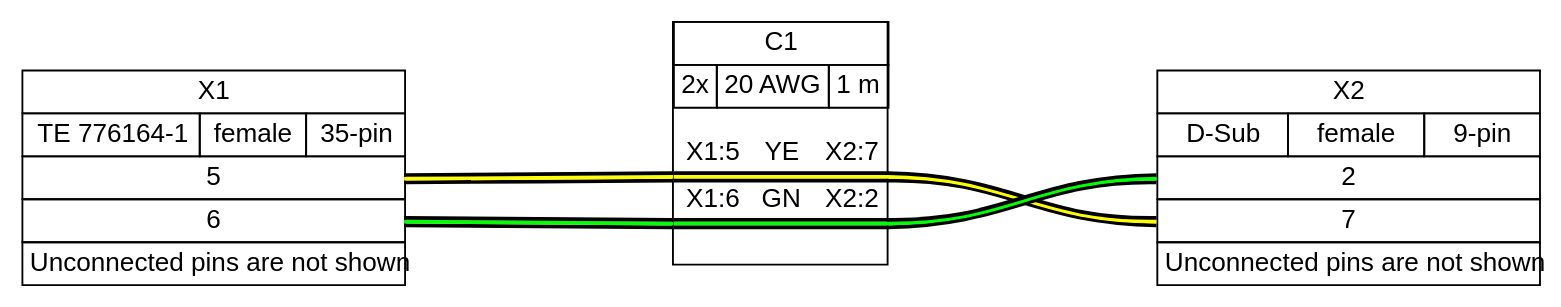
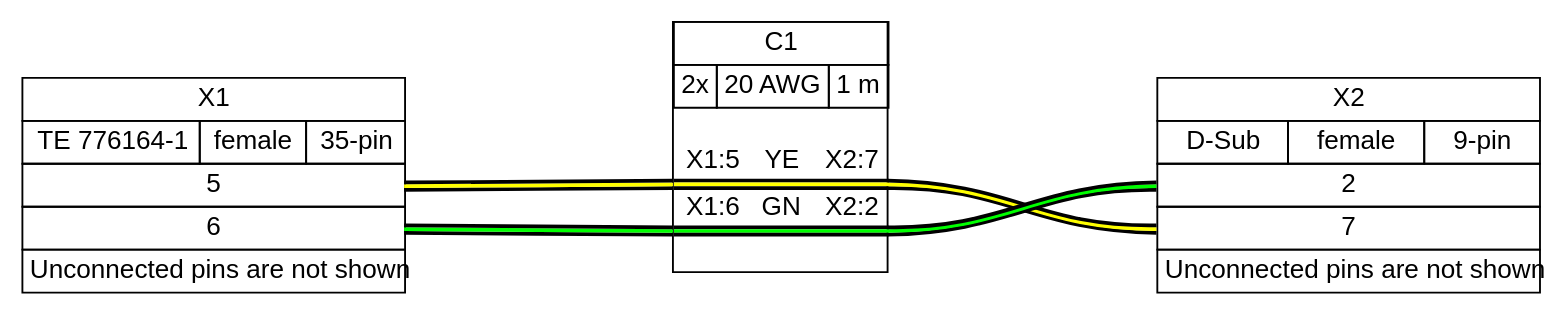
One commit to wireviz/WireViz changed the diagram in examples/ex07.gv. Above: the diagram before and after it, drawn with Graphviz. The commit also changed 81 other files, not shown here.

```diff
--- a/examples/ex07.gv
+++ b/examples/ex07.gv
@@ -1,16 +1,125 @@
 graph {
-// Graph generated by WireViz
+// Graph generated by WireViz 0.2
 // https://github.com/formatc1702/WireViz
 	graph [bgcolor=white fontname=arial nodesep=0.33 rankdir=LR ranksep=2]
 	node [fillcolor=white fontname=arial shape=record style=filled]
 	edge [fontname=arial style=bold]
-	X1 [label=<<table border="0" cellspacing="0" cellpadding="0"><tr><td><table border="0" cellspacing="0" cellpadding="3" cellborder="1"><tr><td balign="left">X1</td></tr></table></td></tr><tr><td><table border="0" cellspacing="0" cellpadding="3" cellborder="1"><tr><td balign="left">TE 776164-1</td><td balign="left">female</td><td balign="left">35-pin</td></tr></table></td></tr><tr><td><table border="0" cellspacing="0" cellpadding="3" cellborder="1"><tr><td port="p5r">5</td></tr><tr><td port="p6r">6</td></tr></table></td></tr><tr><td><table border="0" cellspacing="0" cellpadding="3" cellborder="1"><tr><td balign="left">Unconnected pins are not shown</td></tr></table></td></tr></table>> fillcolor=white margin=0 shape=none style=filled]
-	X2 [label=<<table border="0" cellspacing="0" cellpadding="0"><tr><td><table border="0" cellspacing="0" cellpadding="3" cellborder="1"><tr><td balign="left">X2</td></tr></table></td></tr><tr><td><table border="0" cellspacing="0" cellpadding="3" cellborder="1"><tr><td balign="left">D-Sub</td><td balign="left">female</td><td balign="left">9-pin</td></tr></table></td></tr><tr><td><table border="0" cellspacing="0" cellpadding="3" cellborder="1"><tr><td port="p2l">2</td></tr><tr><td port="p7l">7</td></tr></table></td></tr><tr><td><table border="0" cellspacing="0" cellpadding="3" cellborder="1"><tr><td balign="left">Unconnected pins are not shown</td></tr></table></td></tr></table>> fillcolor=white margin=0 shape=none style=filled]
+	X1 [label=<
+<table border="0" cellspacing="0" cellpadding="0">
+ <tr><td>
+  <table border="0" cellspacing="0" cellpadding="3" cellborder="1"><tr>
+   <td balign="left">X1</td>
+  </tr></table>
+ </td></tr>
+ <tr><td>
+  <table border="0" cellspacing="0" cellpadding="3" cellborder="1"><tr>
+   <td balign="left">TE 776164-1</td>
+   <td balign="left">female</td>
+   <td balign="left">35-pin</td>
+  </tr></table>
+ </td></tr>
+ <tr><td>
+  <table border="0" cellspacing="0" cellpadding="3" cellborder="1">
+   <tr>
+    <td port="p5r">5</td>
+   </tr>
+   <tr>
+    <td port="p6r">6</td>
+   </tr>
+  </table>
+ </td></tr>
+ <tr><td>
+  <table border="0" cellspacing="0" cellpadding="3" cellborder="1"><tr>
+   <td balign="left">Unconnected pins are not shown</td>
+  </tr></table>
+ </td></tr>
+</table>
+> fillcolor=white margin=0 shape=none style=filled]
+	X2 [label=<
+<table border="0" cellspacing="0" cellpadding="0">
+ <tr><td>
+  <table border="0" cellspacing="0" cellpadding="3" cellborder="1"><tr>
+   <td balign="left">X2</td>
+  </tr></table>
+ </td></tr>
+ <tr><td>
+  <table border="0" cellspacing="0" cellpadding="3" cellborder="1"><tr>
+   <td balign="left">D-Sub</td>
+   <td balign="left">female</td>
+   <td balign="left">9-pin</td>
+  </tr></table>
+ </td></tr>
+ <tr><td>
+  <table border="0" cellspacing="0" cellpadding="3" cellborder="1">
+   <tr>
+    <td port="p2l">2</td>
+   </tr>
+   <tr>
+    <td port="p7l">7</td>
+   </tr>
+  </table>
+ </td></tr>
+ <tr><td>
+  <table border="0" cellspacing="0" cellpadding="3" cellborder="1"><tr>
+   <td balign="left">Unconnected pins are not shown</td>
+  </tr></table>
+ </td></tr>
+</table>
+> fillcolor=white margin=0 shape=none style=filled]
 	edge [color="#000000:#ffff00:#000000"]
 	X1:p5r:e -- C1:w1:w
 	C1:w1:e -- X2:p7l:w
 	edge [color="#000000:#00ff00:#000000"]
 	X1:p6r:e -- C1:w2:w
 	C1:w2:e -- X2:p2l:w
-	C1 [label=<<table border="0" cellspacing="0" cellpadding="0"><tr><td><table border="0" cellspacing="0" cellpadding="3" cellborder="1"><tr><td colspan="3">C1</td></tr><tr><td balign="left">2x</td><td balign="left">20 AWG</td><td balign="left">1 m</td></tr></table></td></tr><tr><td>&nbsp;</td></tr><tr><td><table border="0" cellspacing="0" cellborder="0"><tr><td>X1:5</td><td>YE</td><td>X2:7</td></tr><tr><td colspan="3" border="0" cellspacing="0" cellpadding="0" port="w1" height="6"><table cellspacing="0" cellborder="0" border = "0"><tr><td colspan="3" cellpadding="0" height="2" bgcolor="#000000" border="0"></td></tr><tr><td colspan="3" cellpadding="0" height="2" bgcolor="#ffff00" border="0"></td></tr><tr><td colspan="3" cellpadding="0" height="2" bgcolor="#000000" border="0"></td></tr></table></td></tr><tr><td>X1:6</td><td>GN</td><td>X2:2</td></tr><tr><td colspan="3" border="0" cellspacing="0" cellpadding="0" port="w2" height="6"><table cellspacing="0" cellborder="0" border = "0"><tr><td colspan="3" cellpadding="0" height="2" bgcolor="#000000" border="0"></td></tr><tr><td colspan="3" cellpadding="0" height="2" bgcolor="#00ff00" border="0"></td></tr><tr><td colspan="3" cellpadding="0" height="2" bgcolor="#000000" border="0"></td></tr></table></td></tr><tr><td>&nbsp;</td></tr></table></td></tr></table>> fillcolor=white margin=0 shape=box style=""]
+	C1 [label=<
+<table border="0" cellspacing="0" cellpadding="0">
+ <tr><td>
+  <table border="0" cellspacing="0" cellpadding="3" cellborder="1"><tr>
+   <td balign="left">C1</td>
+  </tr></table>
+ </td></tr>
+ <tr><td>
+  <table border="0" cellspacing="0" cellpadding="3" cellborder="1"><tr>
+   <td balign="left">2x</td>
+   <td balign="left">20 AWG</td>
+   <td balign="left">1 m</td>
+  </tr></table>
+ </td></tr>
+ <tr><td>
+  <table border="0" cellspacing="0" cellborder="0">
+   <tr><td>&nbsp;</td></tr>
+   <tr>
+    <td>X1:5</td>
+    <td>YE</td>
+    <td>X2:7</td>
+   </tr>
+   <tr>
+    <td colspan="3" border="0" cellspacing="0" cellpadding="0" port="w1" height="6">
+     <table cellspacing="0" cellborder="0" border="0">
+      <tr><td colspan="3" cellpadding="0" height="2" bgcolor="#000000" border="0"></td></tr>
+      <tr><td colspan="3" cellpadding="0" height="2" bgcolor="#ffff00" border="0"></td></tr>
+      <tr><td colspan="3" cellpadding="0" height="2" bgcolor="#000000" border="0"></td></tr>
+     </table>
+    </td>
+   </tr>
+   <tr>
+    <td>X1:6</td>
+    <td>GN</td>
+    <td>X2:2</td>
+   </tr>
+   <tr>
+    <td colspan="3" border="0" cellspacing="0" cellpadding="0" port="w2" height="6">
+     <table cellspacing="0" cellborder="0" border="0">
+      <tr><td colspan="3" cellpadding="0" height="2" bgcolor="#000000" border="0"></td></tr>
+      <tr><td colspan="3" cellpadding="0" height="2" bgcolor="#00ff00" border="0"></td></tr>
+      <tr><td colspan="3" cellpadding="0" height="2" bgcolor="#000000" border="0"></td></tr>
+     </table>
+    </td>
+   </tr>
+   <tr><td>&nbsp;</td></tr>
+  </table>
+ </td></tr>
+</table>
+> fillcolor=white margin=0 shape=box style=""]
 }
```
